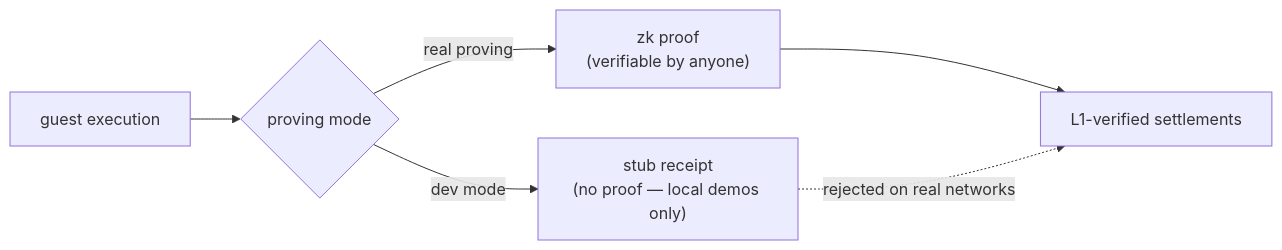
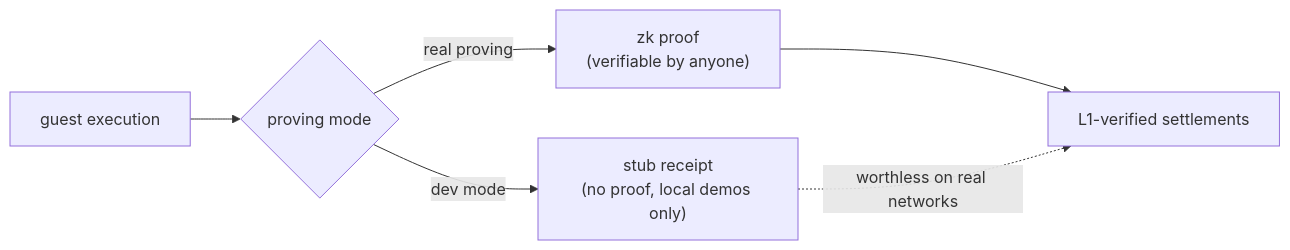
Before and after one commit to biryukovmaxim/vprogs-workshop: the diagram in src/zkvm.md, drawn with Mermaid. The commit also changed other lines of this file and 11 other files, not shown here.

````diff
--- a/src/zkvm.md
+++ b/src/zkvm.md
@@ -17,8 +17,8 @@
 ```mermaid
 flowchart LR
     E["guest execution"] --> Q{"proving mode"}
-    Q -- "dev mode" --> S["stub receipt<br/>(no proof — local demos only)"]
-    Q -- "real proving" --> R["zk proof<br>(verifiable by anyone)"]
+    Q -- "dev mode" --> S["stub receipt<br/>(no proof, local demos only)"]
+    Q -- "real proving" --> R["zk proof<br/>(verifiable by anyone)"]
     R --> V["L1-verified settlements"]
-    S -.->|rejected on real networks| V
+    S -.->|worthless on real networks| V
 ```
````
